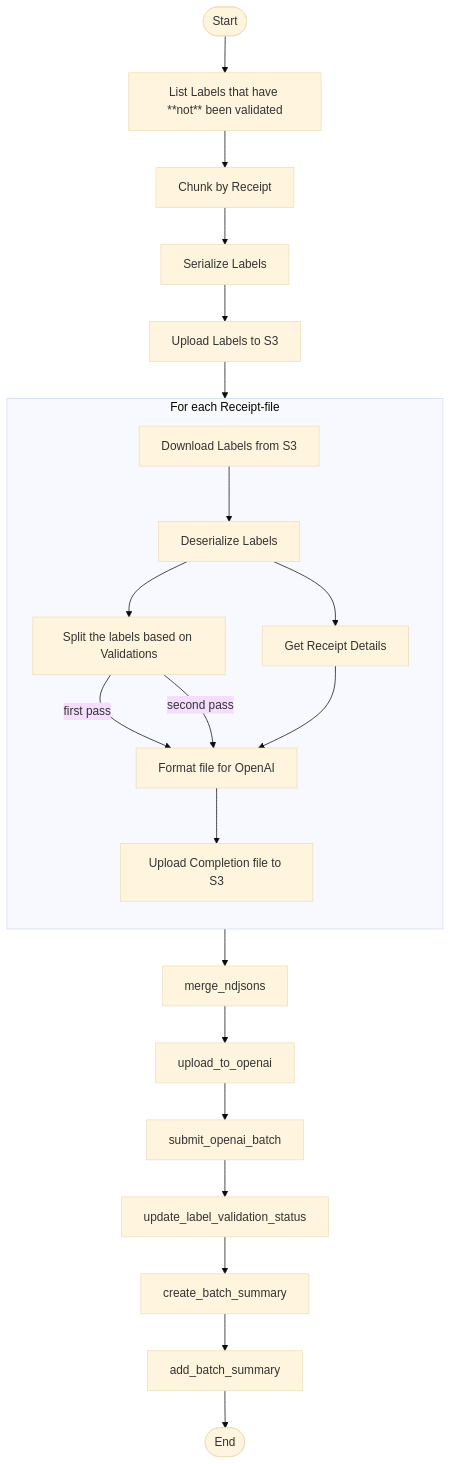
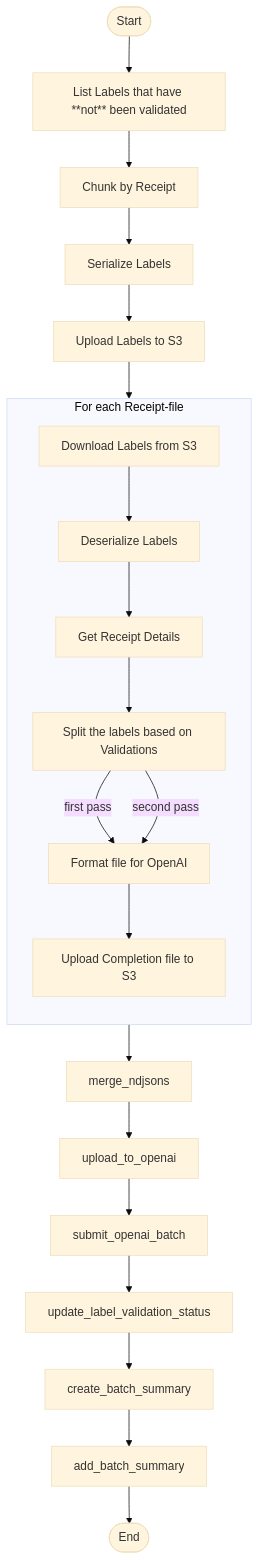
The diagram in receipt_label/receipt_label/submit_completion_batch/README.md (tnorlund/Portfolio), drawn with Mermaid (base theme) before and after one commit.

````diff
--- a/receipt_label/receipt_label/submit_completion_batch/README.md
+++ b/receipt_label/receipt_label/submit_completion_batch/README.md
@@ -133,30 +133,29 @@
 ```mermaid
 flowchart TB
     %% ───────── Stage 1 : List Labels that need Validation ─────────
     Start([Start]) --> list_labels_that_need_validation["List Labels that have **not** been validated"]
     list_labels_that_need_validation --> chunk_into_completion_batches["Chunk by Receipt"]
     chunk_into_completion_batches --> serialize_labels["Serialize Labels"]
     serialize_labels --> upload_serialized_labels["Upload Labels to S3"]
     upload_serialized_labels --> PerReceiptMap
 
     %% ───────── Stage 2 : Format Completions ─────────
     subgraph PerReceiptMap["For each Receipt-file"]
         direction TB
         download_serialized_labels["Download Labels from S3"] --> deserialize_labels["Deserialize Labels"]
-        deserialize_labels --> split_first_and_second_pass["Split the labels based on Validations"]
         deserialize_labels --> get_receipt_details["Get Receipt Details"]
+        get_receipt_details --> split_first_and_second_pass["Split the labels based on Validations"]
         split_first_and_second_pass -- first pass --> format_batch_completion_file["Format file for OpenAI"]
         split_first_and_second_pass -- second pass --> format_batch_completion_file
-        get_receipt_details --> format_batch_completion_file
         format_batch_completion_file --> upload_completion_batch_file["Upload Completion file to S3"]
     end
 
     %% ───────── Stage 3 : Batch for OpenAI ─────────
     PerReceiptMap --> merge_ndjsons
     merge_ndjsons --> upload_to_openai
     upload_to_openai --> submit_openai_batch
     submit_openai_batch --> update_label_validation_status
     update_label_validation_status --> create_batch_summary
     create_batch_summary --> add_batch_summary
     add_batch_summary --> End([End])
 ```
````
